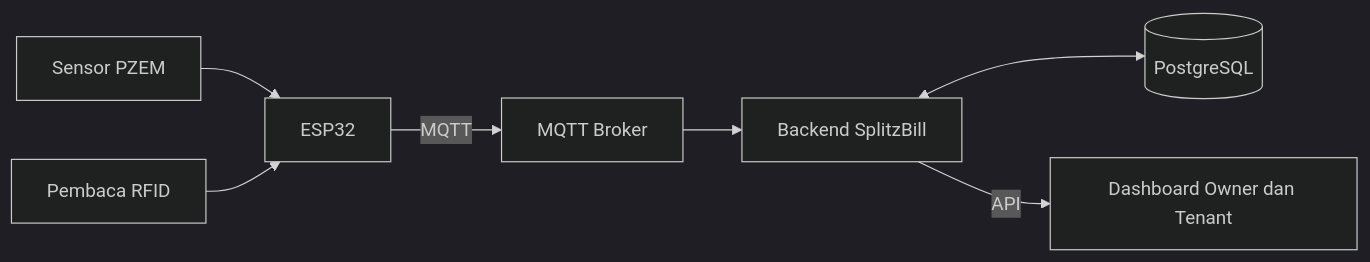
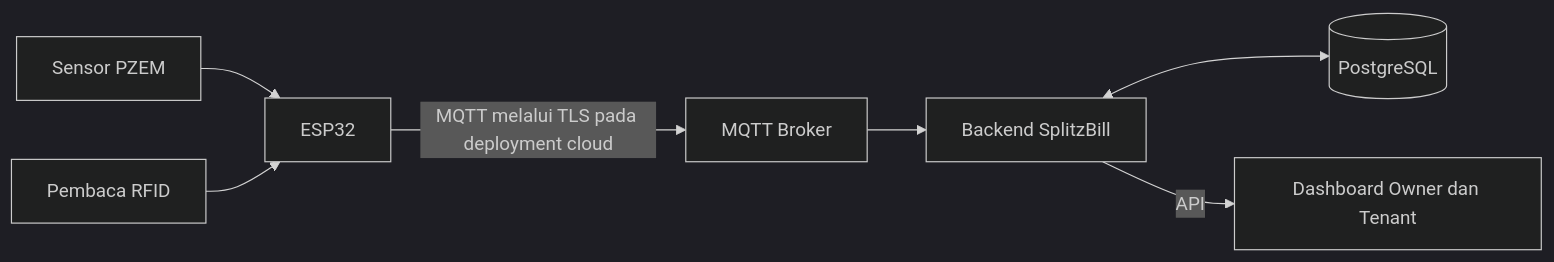
One commit to hammampriyandono/SmartBilling changed the diagram in README.md. Above: the diagram before and after it, drawn with Mermaid (dark theme). The commit also changed other lines of this file and 15 other files, not shown here.

````diff
--- a/README.md
+++ b/README.md
@@ -35,9 +37,9 @@
 ```mermaid
 flowchart LR
     SENSOR[Sensor PZEM] --> ESP[ESP32]
     RFID[Pembaca RFID] --> ESP
-    ESP -->|MQTT| BROKER[MQTT Broker]
+    ESP -->|MQTT melalui TLS pada deployment cloud| BROKER[MQTT Broker]
     BROKER --> BACKEND[Backend SplitzBill]
     BACKEND <--> DB[(PostgreSQL)]
     BACKEND -->|API| WEB[Dashboard Owner dan Tenant]
 ```
````
